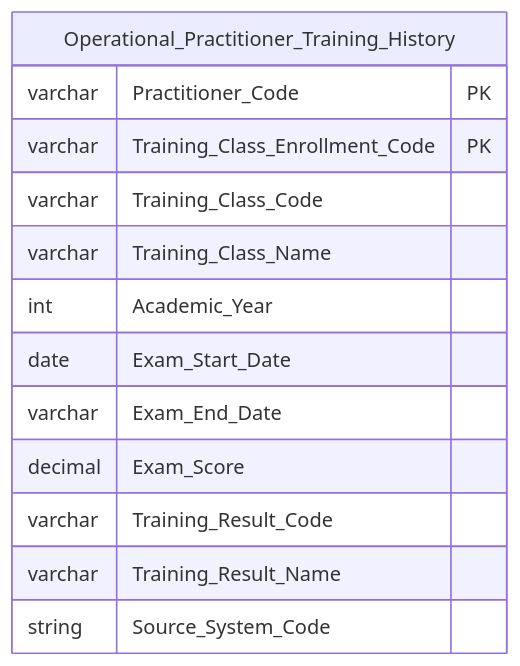
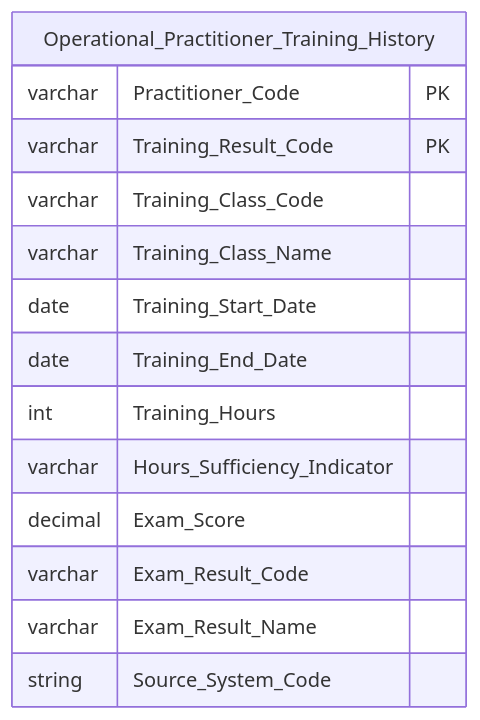
One commit to linhlvit/ubck_atomic_design changed diagram 34 of 40 in Datamart/hld/DTM_NHNCK_HLD.md. Above: the diagram before and after it, drawn with Mermaid. The commit also changed other lines of this file and 60 other files, not shown here.

````diff
--- a/Datamart/hld/DTM_NHNCK_HLD.md
+++ b/Datamart/hld/DTM_NHNCK_HLD.md
@@ -1410,17 +1424,18 @@
 ```mermaid
 erDiagram
     Operational_Practitioner_Training_History {
         varchar Practitioner_Code PK
-        varchar Training_Class_Enrollment_Code PK
+        varchar Training_Result_Code PK
         varchar Training_Class_Code
         varchar Training_Class_Name
-        int Academic_Year
-        date Exam_Start_Date
-        varchar Exam_End_Date
+        date Training_Start_Date
+        date Training_End_Date
+        int Training_Hours
+        varchar Hours_Sufficiency_Indicator
         decimal Exam_Score
-        varchar Training_Result_Code
-        varchar Training_Result_Name
+        varchar Exam_Result_Code
+        varchar Exam_Result_Name
         string Source_System_Code
 
     }
 ```
````
